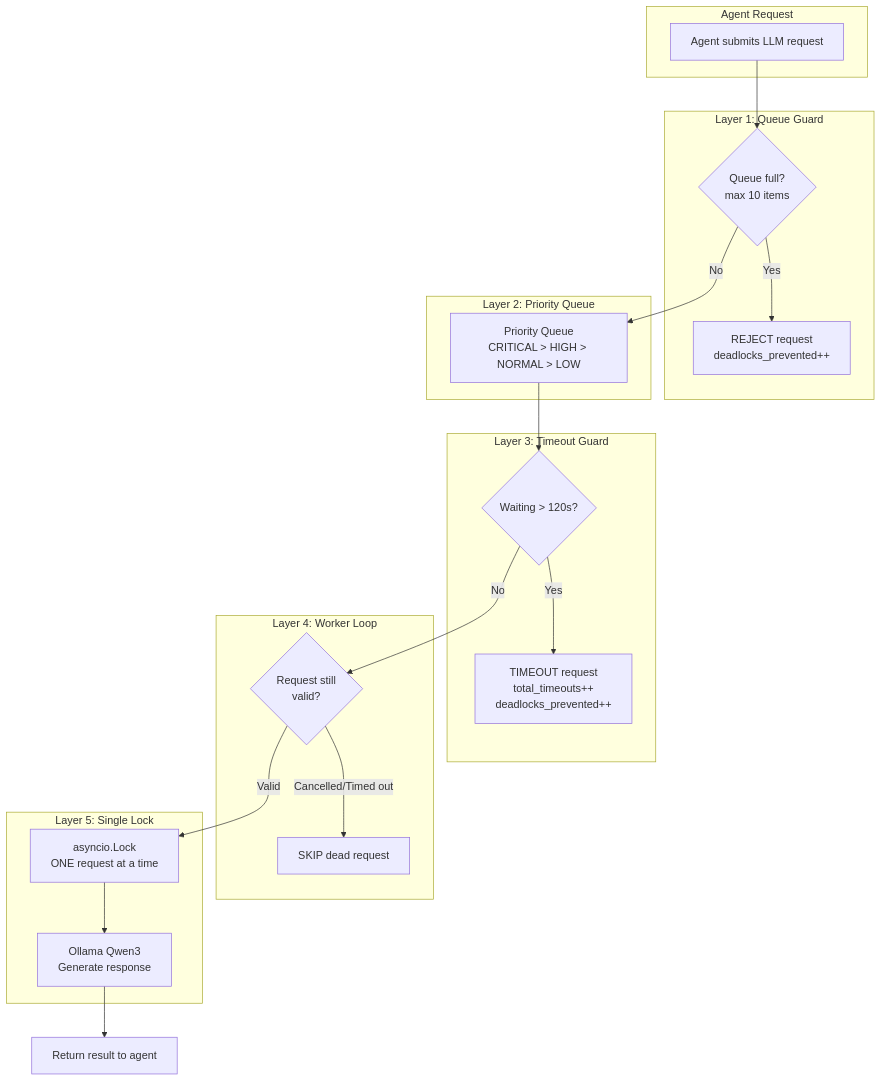
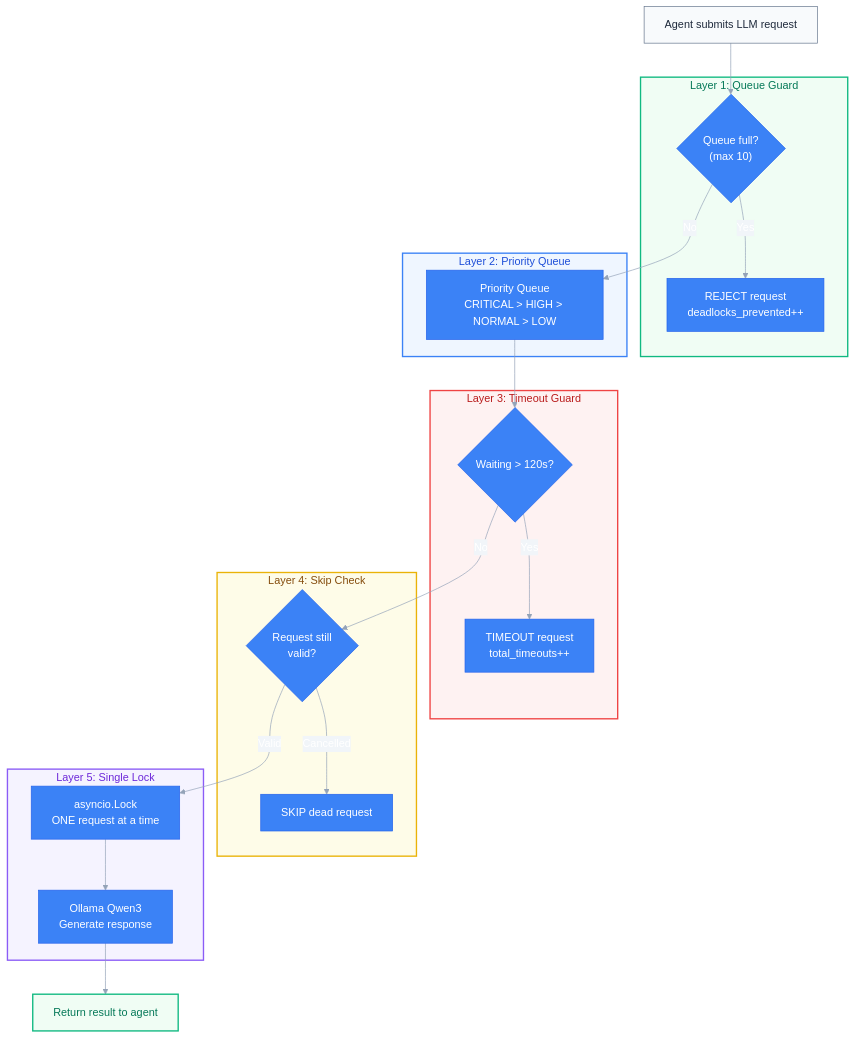
Before and after one commit to anasshahid1/multi-agent-platform: the second of 4 diagrams in architecture.md, drawn with Mermaid. The commit also changed other lines of this file and 5 other files, not shown here.

First line of the commit message:
Update architecture diagrams with color styling and port change

````diff
--- a/architecture.md
+++ b/architecture.md
@@ -96,43 +106,48 @@
 ```mermaid
+%%{init: {'theme': 'base', 'themeVariables': {'background': '#ffffff', 'primaryColor': '#3b82f6', 'primaryTextColor': '#ffffff', 'primaryBorderColor': '#2563eb', 'lineColor': '#94a3b8', 'secondaryColor': '#f1f5f9', 'tertiaryColor': '#e2e8f0'}}}%%
 graph TD
-    subgraph "Agent Request"
-        REQ[Agent submits LLM request]
+    subgraph Layer1["Layer 1: Queue Guard"]
+    style Layer1 fill:#f0fdf4,stroke:#10b981,stroke-width:2px,color:#047857
+        QC{"Queue full?<br/>(max 10)"}
+        REJECT["REJECT request<br/>deadlocks_prevented++"]
     end
 
-    subgraph "Layer 1: Queue Guard"
-        QC{Queue full?<br/>max 10 items}
-        REJECT[REJECT request<br/>deadlocks_prevented++]
+    subgraph Layer2["Layer 2: Priority Queue"]
+    style Layer2 fill:#eff6ff,stroke:#3b82f6,stroke-width:2px,color:#1d4ed8
+        PQ["Priority Queue<br/>CRITICAL > HIGH > NORMAL > LOW"]
     end
 
-    subgraph "Layer 2: Priority Queue"
-        PQ[Priority Queue<br/>CRITICAL > HIGH > NORMAL > LOW]
+    subgraph Layer3["Layer 3: Timeout Guard"]
+    style Layer3 fill:#fef2f2,stroke:#ef4444,stroke-width:2px,color:#b91c1c
+        WAIT{"Waiting > 120s?"}
+        TIMEOUT["TIMEOUT request<br/>total_timeouts++"]
     end
 
-    subgraph "Layer 3: Timeout Guard"
-        WAIT{Waiting > 120s?}
-        TIMEOUT[TIMEOUT request<br/>total_timeouts++<br/>deadlocks_prevented++]
+    subgraph Layer4["Layer 4: Skip Check"]
+    style Layer4 fill:#fefce8,stroke:#eab308,stroke-width:2px,color:#854d0e
+        SKIP{"Request still<br/>valid?"}
+        SKIPACT["SKIP dead request"]
     end
 
-    subgraph "Layer 4: Worker Loop"
-        SKIP{Request still<br/>valid?}
-        SKIPACT[SKIP dead request]
+    subgraph Layer5["Layer 5: Single Lock"]
+    style Layer5 fill:#f5f3ff,stroke:#8b5cf6,stroke-width:2px,color:#6d28d9
+        LOCK["asyncio.Lock<br/>ONE request at a time"]
+        LLM["Ollama Qwen3<br/>Generate response"]
     end
 
-    subgraph "Layer 5: Single Lock"
-        LOCK[asyncio.Lock<br/>ONE request at a time]
-        LLM[Ollama Qwen3<br/>Generate response]
-    end
+    RESULT["Return result to agent"]
+    style RESULT fill:#f0fdf4,stroke:#10b981,stroke-width:2px,color:#047857
 
-    RESULT[Return result to agent]
+    REQ["Agent submits LLM request"] --> QC
+    style REQ fill:#f8fafc,stroke:#64748b,color:#1e293b
 
-    REQ --> QC
-    QC -->|Yes| REJECT
-    QC -->|No| PQ
+    QC -->|"Yes"| REJECT
+    QC -->|"No"| PQ
     PQ --> WAIT
-    WAIT -->|Yes| TIMEOUT
-    WAIT -->|No| SKIP
-    SKIP -->|Cancelled/Timed out| SKIPACT
-    SKIP -->|Valid| LOCK
+    WAIT -->|"Yes"| TIMEOUT
+    WAIT -->|"No"| SKIP
+    SKIP -->|"Cancelled"| SKIPACT
+    SKIP -->|"Valid"| LOCK
     LOCK --> LLM
     LLM --> RESULT
 ```
````
